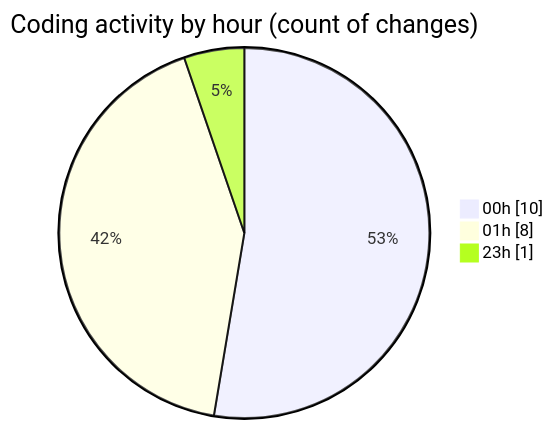
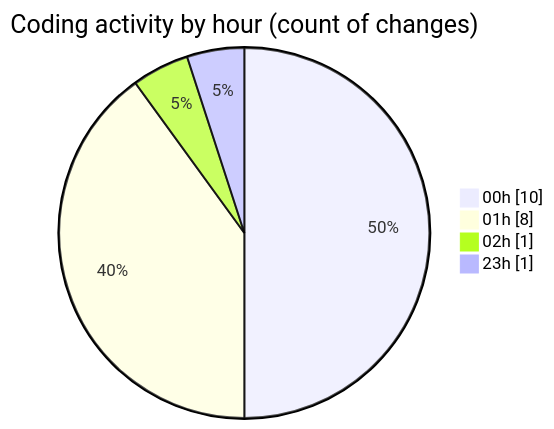
One commit to tmsrecording-cyber/code-tracking changed the second of 2 diagrams in 2026-02-09/singularitybrainai/README.md. Above: the diagram before and after it, drawn with Mermaid. The commit also changed other lines of this file and 1 other file, not shown here.

````diff
--- a/2026-02-09/singularitybrainai/README.md
+++ b/2026-02-09/singularitybrainai/README.md
@@ -29,7 +29,8 @@
 ```mermaid
 pie showData
 title Coding activity by hour (count of changes)
 "00h" : 10
 "01h" : 8
+"02h" : 1
 "23h" : 1
 ```
````
